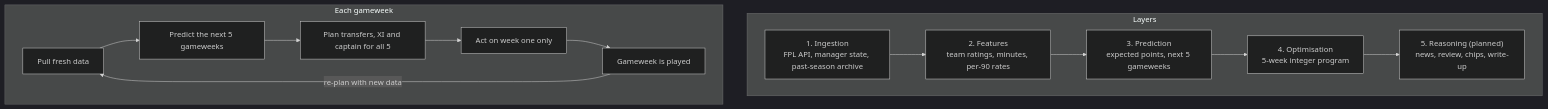
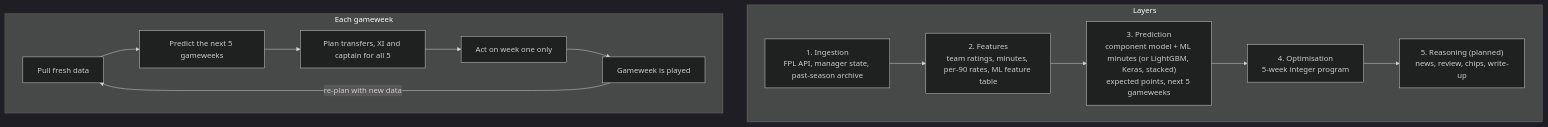
Before and after one commit to harrycjturner04/fpl-ai-coach: the diagram in docs/overview.md, drawn with Mermaid (dark theme). The commit also changed other lines of this file and 6 other files, not shown here.

````diff
--- a/docs/overview.md
+++ b/docs/overview.md
@@ -34,19 +37,19 @@
 ```mermaid
 flowchart TD
     subgraph Layers
         I["1. Ingestion<br/>FPL API, manager state, past-season archive"]
-        F["2. Features<br/>team ratings, minutes, per-90 rates"]
-        P["3. Prediction<br/>expected points, next 5 gameweeks"]
+        F["2. Features<br/>team ratings, minutes, per-90 rates, ML feature table"]
+        P["3. Prediction<br/>component model + ML minutes (or LightGBM, Keras, stacked)<br/>expected points, next 5 gameweeks"]
         O["4. Optimisation<br/>5-week integer program"]
         R["5. Reasoning (planned)<br/>news, review, chips, write-up"]
         I --> F --> P --> O --> R
     end
 
     subgraph Weekly["Each gameweek"]
         W1["Pull fresh data"] --> W2["Predict the next 5 gameweeks"]
         W2 --> W3["Plan transfers, XI and captain for all 5"]
         W3 --> W4["Act on week one only"]
         W4 --> W5["Gameweek is played"]
         W5 -->|"re-plan with new data"| W1
     end
 ```
````
